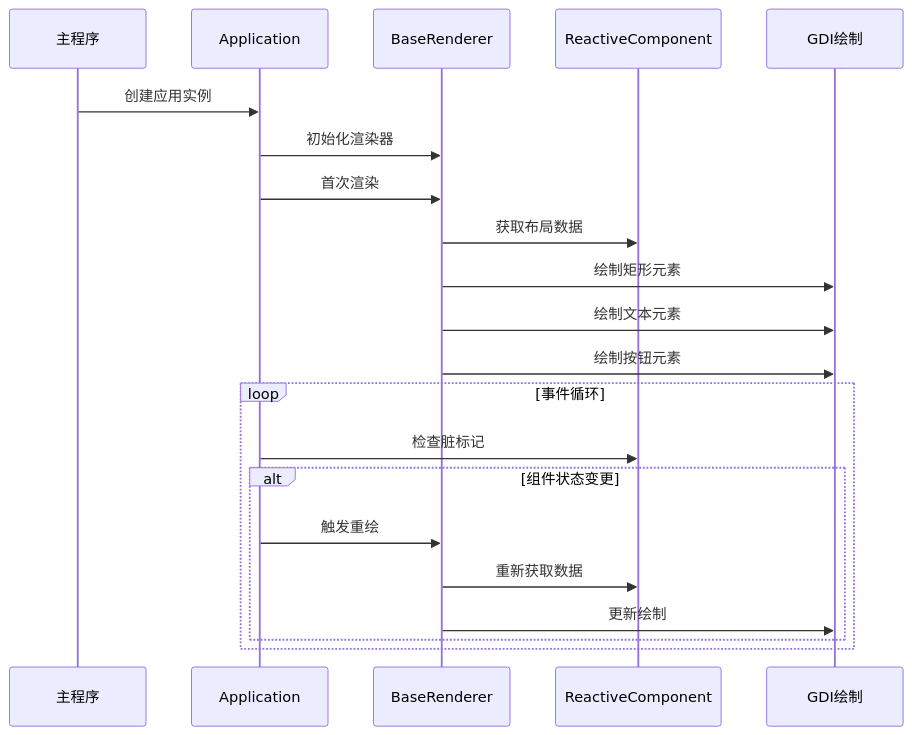
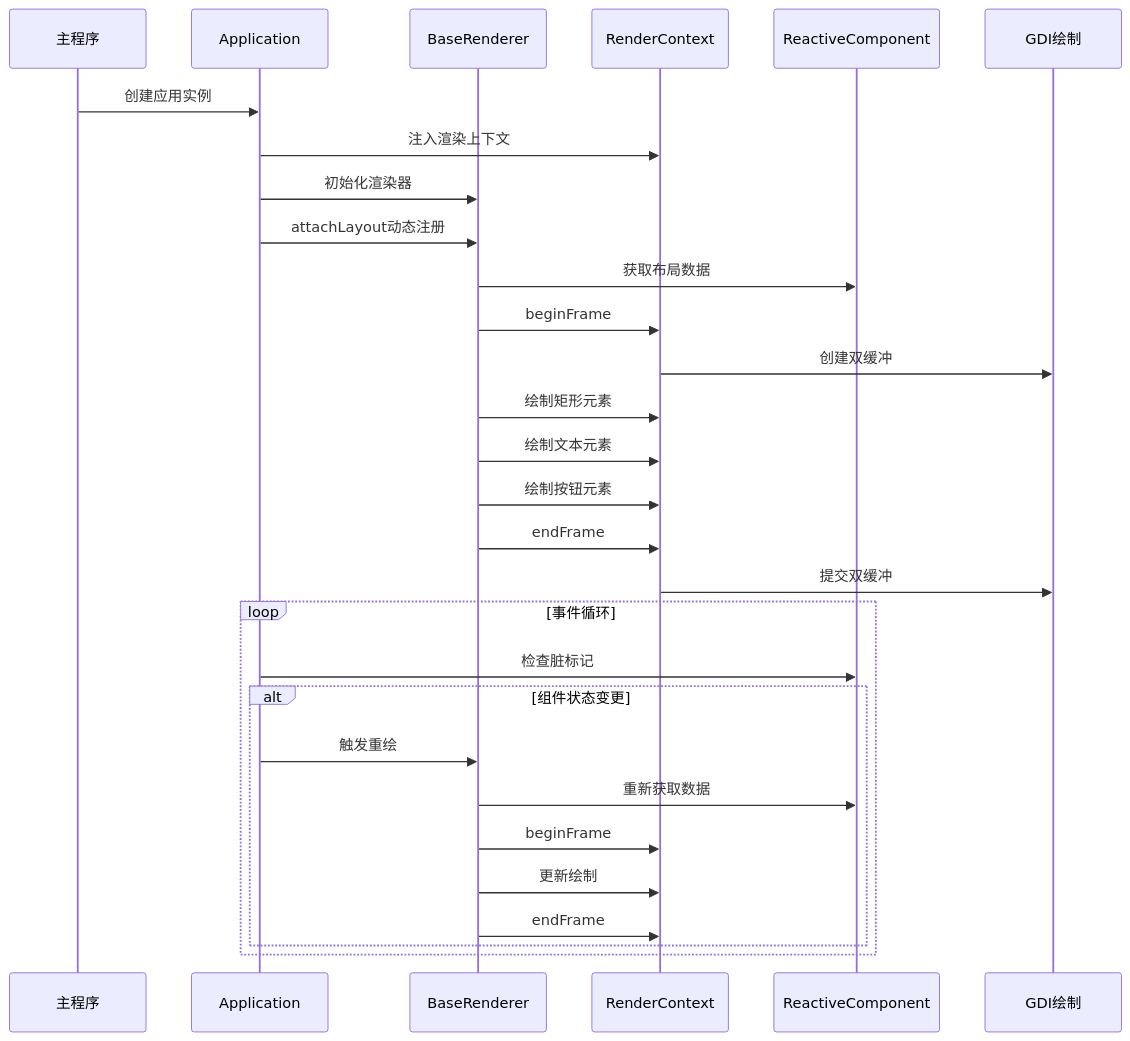
Before and after one commit to xingye00186/PHP-Data-UI-Framework-powered-by-swooleAOT: the fifth of 11 diagrams in .qoder/repowiki/zh/content/C++渲染层/BaseRenderer基础渲染器.md, drawn with Mermaid. The commit also changed other lines of this file and 10 other files, not shown here.

````diff
--- a/.qoder/repowiki/zh/content/C++渲染层/BaseRenderer基础渲染器.md
+++ b/.qoder/repowiki/zh/content/C++渲染层/BaseRenderer基础渲染器.md
@@ -204,23 +279,31 @@
 ```mermaid
 sequenceDiagram
 participant Main as 主程序
 participant App as Application
 participant Renderer as BaseRenderer
+participant Ctx as RenderContext
 participant Component as ReactiveComponent
 participant GDI as GDI绘制
 Main->>App : 创建应用实例
+App->>Ctx : 注入渲染上下文
 App->>Renderer : 初始化渲染器
-App->>Renderer : 首次渲染
+App->>Renderer : attachLayout动态注册
 Renderer->>Component : 获取布局数据
-Renderer->>GDI : 绘制矩形元素
-Renderer->>GDI : 绘制文本元素
-Renderer->>GDI : 绘制按钮元素
+Renderer->>Ctx : beginFrame
+Ctx->>GDI : 创建双缓冲
+Renderer->>Ctx : 绘制矩形元素
+Renderer->>Ctx : 绘制文本元素
+Renderer->>Ctx : 绘制按钮元素
+Renderer->>Ctx : endFrame
+Ctx->>GDI : 提交双缓冲
 loop 事件循环
 App->>Component : 检查脏标记
 alt 组件状态变更
 App->>Renderer : 触发重绘
 Renderer->>Component : 重新获取数据
-Renderer->>GDI : 更新绘制
+Renderer->>Ctx : beginFrame
+Renderer->>Ctx : 更新绘制
+Renderer->>Ctx : endFrame
 end
 end
 ```
````
